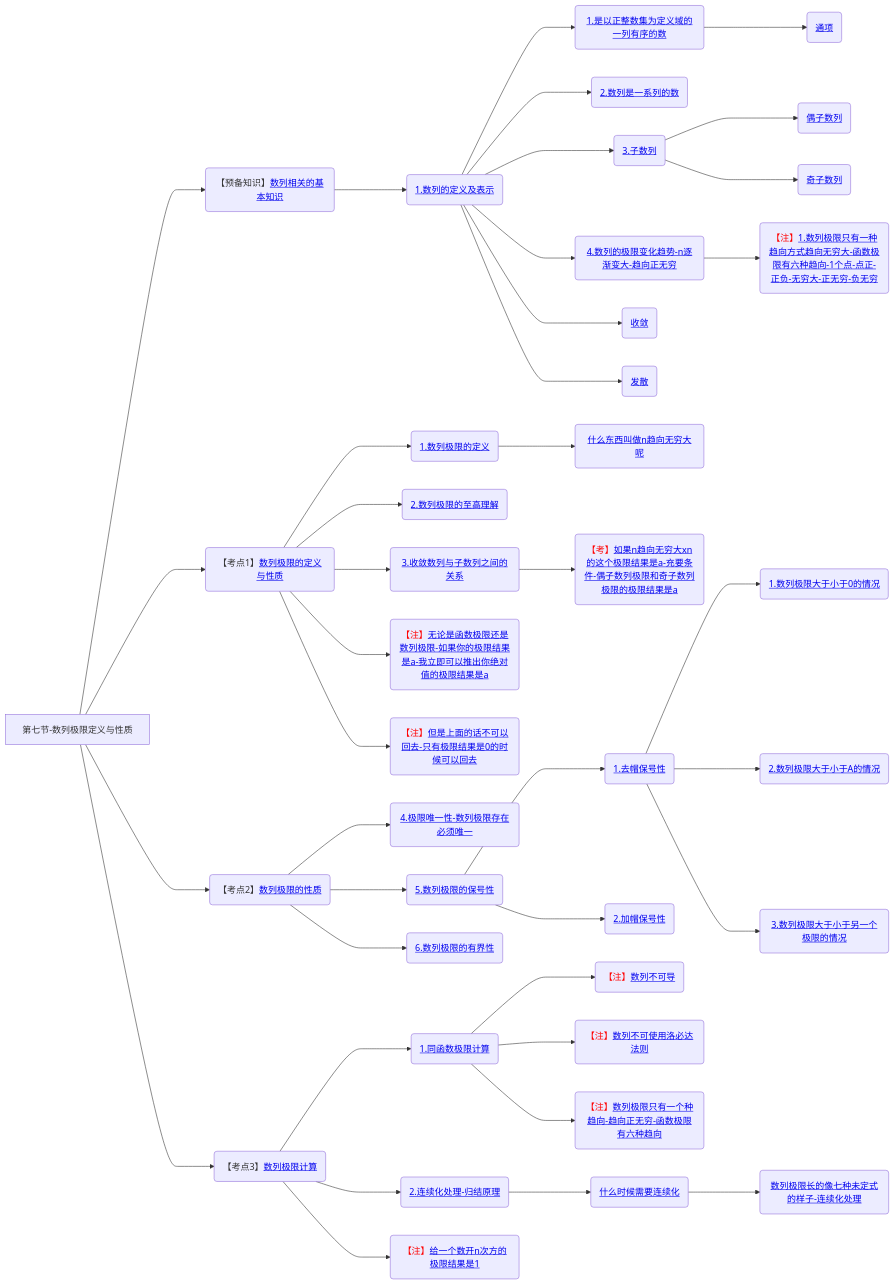
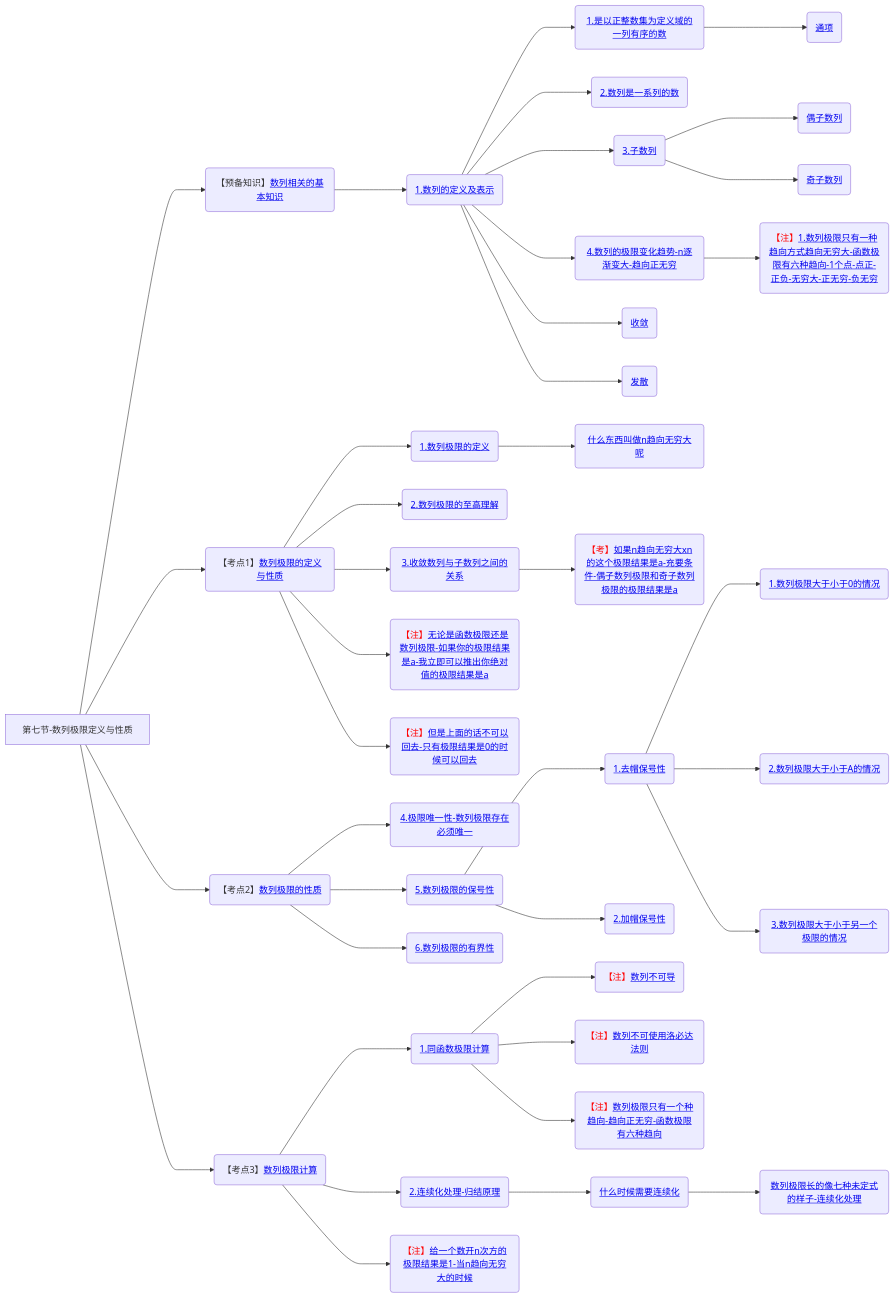
One commit to yuebinghui/note changed the seventh of 7 diagrams in 笔记/数学/周洋鑫/01.基础班思维导图.md. Above: the diagram before and after it, drawn with Mermaid. The commit also changed 2 other files, not shown here.

Commit message:
Fri Oct 25 15:41:16 CST 2024

````diff
--- a/笔记/数学/周洋鑫/01.基础班思维导图.md
+++ b/笔记/数学/周洋鑫/01.基础班思维导图.md
@@ -255,53 +255,53 @@
 ```mermaid
 graph LR
 第七节-数列极限定义与性质
 
 第七节-数列极限定义与性质--->数列相关的基本知识(【预备知识】<a href="/Users/yuebinghui/Documents/program/github/note/笔记/数学/周洋鑫/基础班/07.数列极限定义与性质.md#数列相关的基本知识">数列相关的基本知识</>)
 数列相关的基本知识--->1.数列的定义及表示(<a href="/Users/yuebinghui/Documents/program/github/note/笔记/数学/周洋鑫/基础班/07.数列极限定义与性质.md#1.数列的定义及表示">1.数列的定义及表示</>)
 1.数列的定义及表示--->1.是以正整数集为定义域的一列有序的数(<a href="/Users/yuebinghui/Documents/program/github/note/笔记/数学/周洋鑫/基础班/07.数列极限定义与性质.md#1.是以正整数集为定义域的一列有序的数">1.是以正整数集为定义域的一列有序的数</>)
 1.是以正整数集为定义域的一列有序的数--->通项(<a href="/Users/yuebinghui/Documents/program/github/note/笔记/数学/周洋鑫/基础班/07.数列极限定义与性质.md#通项">通项</>)
 
 1.数列的定义及表示--->2.数列是一系列的数(<a href="/Users/yuebinghui/Documents/program/github/note/笔记/数学/周洋鑫/基础班/07.数列极限定义与性质.md#2.数列是一系列的数">2.数列是一系列的数</>)
 
 1.数列的定义及表示--->3.子数列(<a href="/Users/yuebinghui/Documents/program/github/note/笔记/数学/周洋鑫/基础班/07.数列极限定义与性质.md#3.子数列">3.子数列</>)
 3.子数列--->偶子数列(<a href="/Users/yuebinghui/Documents/program/github/note/笔记/数学/周洋鑫/基础班/07.数列极限定义与性质.md#偶子数列">偶子数列</>)
 3.子数列--->奇子数列(<a href="/Users/yuebinghui/Documents/program/github/note/笔记/数学/周洋鑫/基础班/07.数列极限定义与性质.md#奇子数列">奇子数列</>)
 
 1.数列的定义及表示--->4.数列的极限变化趋势-n逐渐变大-趋向正无穷(<a href="/Users/yuebinghui/Documents/program/github/note/笔记/数学/周洋鑫/基础班/07.数列极限定义与性质.md#4.数列的极限变化趋势-n逐渐变大-趋向正无穷">4.数列的极限变化趋势-n逐渐变大-趋向正无穷</>)
 4.数列的极限变化趋势-n逐渐变大-趋向正无穷--->1.数列极限只有一种趋向方式趋向无穷大-函数极限有六种趋向-1个点-点正-正负-无穷大-正无穷-负无穷(<span style="color:red">【注】</span><a href="/Users/yuebinghui/Documents/program/github/note/笔记/数学/周洋鑫/基础班/07.数列极限定义与性质.md#1.数列极限只有一种趋向方式趋向无穷大-函数极限有六种趋向-1个点-点正-正负-无穷大-正无穷-负无穷">1.数列极限只有一种趋向方式趋向无穷大-函数极限有六种趋向-1个点-点正-正负-无穷大-正无穷-负无穷</>)
 1.数列的定义及表示--->收敛(<a href="/Users/yuebinghui/Documents/program/github/note/笔记/数学/周洋鑫/基础班/07.数列极限定义与性质.md#收敛">收敛</>)
 1.数列的定义及表示--->发散(<a href="/Users/yuebinghui/Documents/program/github/note/笔记/数学/周洋鑫/基础班/07.数列极限定义与性质.md#发散">发散</>)
 
 
 第七节-数列极限定义与性质--->数列极限的定义与性质(【考点1】<a href="/Users/yuebinghui/Documents/program/github/note/笔记/数学/周洋鑫/基础班/07.数列极限定义与性质.md#数列极限的定义与性质">数列极限的定义与性质</>)
 数列极限的定义与性质--->1.数列极限的定义(<a href="/Users/yuebinghui/Documents/program/github/note/笔记/数学/周洋鑫/基础班/07.数列极限定义与性质.md#1.数列极限的定义">1.数列极限的定义</>)
 1.数列极限的定义--->什么东西叫做n趋向无穷大呢(<a href="/Users/yuebinghui/Documents/program/github/note/笔记/数学/周洋鑫/基础班/07.数列极限定义与性质.md#什么东西叫做n趋向无穷大呢">什么东西叫做n趋向无穷大呢</>)
 数列极限的定义与性质--->2.数列极限的至高理解(<a href="/Users/yuebinghui/Documents/program/github/note/笔记/数学/周洋鑫/基础班/07.数列极限定义与性质.md#2.数列极限的至高理解">2.数列极限的至高理解</>)
 数列极限的定义与性质--->3.收敛数列与子数列之间的关系(<a href="/Users/yuebinghui/Documents/program/github/note/笔记/数学/周洋鑫/基础班/07.数列极限定义与性质.md#3.收敛数列与子数列之间的关系">3.收敛数列与子数列之间的关系</>)
 3.收敛数列与子数列之间的关系--->如果n趋向无穷大xn的这个极限结果是a-充要条件-偶子数列极限和奇子数列极限的极限结果是a(<span style="color:red">【考】</span><a href="/Users/yuebinghui/Documents/program/github/note/笔记/数学/周洋鑫/基础班/07.数列极限定义与性质.md#如果n趋向无穷大xn的这个极限结果是a-充要条件-偶子数列极限和奇子数列极限的极限结果是a">如果n趋向无穷大xn的这个极限结果是a-充要条件-偶子数列极限和奇子数列极限的极限结果是a</>)
 数列极限的定义与性质--->无论是函数极限还是数列极限-如果你的极限结果是a-我立即可以推出你绝对值的极限结果是a(<span style="color:red">【注】</span><a href="/Users/yuebinghui/Documents/program/github/note/笔记/数学/周洋鑫/基础班/07.数列极限定义与性质.md#无论是函数极限还是数列极限-如果你的极限结果是a-我立即可以推出你绝对值的极限结果是a">无论是函数极限还是数列极限-如果你的极限结果是a-我立即可以推出你绝对值的极限结果是a</>)
 数列极限的定义与性质--->但是上面的话不可以回去-只有极限结果是0的时候可以回去(<span style="color:red">【注】</span><a href="/Users/yuebinghui/Documents/program/github/note/笔记/数学/周洋鑫/基础班/07.数列极限定义与性质.md#但是上面的话不可以回去-只有极限结果是0的时候可以回去">但是上面的话不可以回去-只有极限结果是0的时候可以回去</>)
 
 第七节-数列极限定义与性质--->数列极限的性质(【考点2】<a href="/Users/yuebinghui/Documents/program/github/note/笔记/数学/周洋鑫/基础班/07.数列极限定义与性质.md#数列极限的性质">数列极限的性质</>)
 数列极限的性质--->4.极限唯一性-数列极限存在必须唯一(<a href="/Users/yuebinghui/Documents/program/github/note/笔记/数学/周洋鑫/基础班/07.数列极限定义与性质.md#4.极限唯一性-数列极限存在必须唯一">4.极限唯一性-数列极限存在必须唯一</>)
 数列极限的性质--->5.数列极限的保号性(<a href="/Users/yuebinghui/Documents/program/github/note/笔记/数学/周洋鑫/基础班/07.数列极限定义与性质.md#5.数列极限的保号性">5.数列极限的保号性</>)
 5.数列极限的保号性--->1.去帽保号性(<a href="/Users/yuebinghui/Documents/program/github/note/笔记/数学/周洋鑫/基础班/07.数列极限定义与性质.md#1.去帽保号性">1.去帽保号性</>)
 1.去帽保号性--->1.数列极限大于小于0的情况(<a href="/Users/yuebinghui/Documents/program/github/note/笔记/数学/周洋鑫/基础班/07.数列极限定义与性质.md#1.数列极限大于小于0的情况">1.数列极限大于小于0的情况</>)
 1.去帽保号性--->2.数列极限大于小于A的情况(<a href="/Users/yuebinghui/Documents/program/github/note/笔记/数学/周洋鑫/基础班/07.数列极限定义与性质.md#2.数列极限大于小于A的情况">2.数列极限大于小于A的情况</>)
 1.去帽保号性--->3.数列极限大于小于另一个极限的情况(<a href="/Users/yuebinghui/Documents/program/github/note/笔记/数学/周洋鑫/基础班/07.数列极限定义与性质.md#3.数列极限大于小于另一个极限的情况">3.数列极限大于小于另一个极限的情况</>)
 5.数列极限的保号性--->2.加帽保号性(<a href="/Users/yuebinghui/Documents/program/github/note/笔记/数学/周洋鑫/基础班/07.数列极限定义与性质.md#2.加帽保号性">2.加帽保号性</>)
 数列极限的性质--->6.数列极限的有界性(<a href="/Users/yuebinghui/Documents/program/github/note/笔记/数学/周洋鑫/基础班/07.数列极限定义与性质.md#6.数列极限的有界性">6.数列极限的有界性</>)
 
 第七节-数列极限定义与性质--->数列极限计算(【考点3】<a href="/Users/yuebinghui/Documents/program/github/note/笔记/数学/周洋鑫/基础班/07.数列极限定义与性质.md#数列极限计算">数列极限计算</>)
 数列极限计算--->1.同函数极限计算(<a href="/Users/yuebinghui/Documents/program/github/note/笔记/数学/周洋鑫/基础班/07.数列极限定义与性质.md#1.同函数极限计算">1.同函数极限计算</>)
 1.同函数极限计算--->数列不可导(<span style="color:red">【注】</span><a href="/Users/yuebinghui/Documents/program/github/note/笔记/数学/周洋鑫/基础班/07.数列极限定义与性质.md#数列不可导">数列不可导</>)
 1.同函数极限计算--->数列不可使用洛必达法则(<span style="color:red">【注】</span><a href="/Users/yuebinghui/Documents/program/github/note/笔记/数学/周洋鑫/基础班/07.数列极限定义与性质.md#数列不可使用洛必达法则">数列不可使用洛必达法则</>)
 1.同函数极限计算--->数列极限只有一个种趋向-趋向正无穷-函数极限有六种趋向(<span style="color:red">【注】</span><a href="/Users/yuebinghui/Documents/program/github/note/笔记/数学/周洋鑫/基础班/07.数列极限定义与性质.md#数列极限只有一个种趋向-趋向正无穷-函数极限有六种趋向">数列极限只有一个种趋向-趋向正无穷-函数极限有六种趋向</>)
 
 数列极限计算--->2.连续化处理-归结原理(<a href="/Users/yuebinghui/Documents/program/github/note/笔记/数学/周洋鑫/基础班/07.数列极限定义与性质.md#2.连续化处理-归结原理">2.连续化处理-归结原理</>)
 2.连续化处理-归结原理--->什么时候需要连续化(<a href="/Users/yuebinghui/Documents/program/github/note/笔记/数学/周洋鑫/基础班/07.数列极限定义与性质.md#什么时候需要连续化">什么时候需要连续化</>)
 什么时候需要连续化--->数列极限长的像七种未定式的样子-连续化处理(<a href="/Users/yuebinghui/Documents/program/github/note/笔记/数学/周洋鑫/基础班/07.数列极限定义与性质.md#数列极限长的像七种未定式的样子-连续化处理">数列极限长的像七种未定式的样子-连续化处理</>)
-数列极限计算--->给一个数开n次方的极限结果是1(<span style="color:red">【注】</span><a href="/Users/yuebinghui/Documents/program/github/note/笔记/数学/周洋鑫/基础班/07.数列极限定义与性质.md#给一个数开n次方的极限结果是1">给一个数开n次方的极限结果是1</>)
+数列极限计算--->给一个数开n次方的极限结果是1(<span style="color:red">【注】</span><a href="/Users/yuebinghui/Documents/program/github/note/笔记/数学/周洋鑫/基础班/07.数列极限定义与性质.md#给一个数开n次方的极限结果是1">给一个数开n次方的极限结果是1-当n趋向无穷大的时候</>)
 
 
 ```
````
